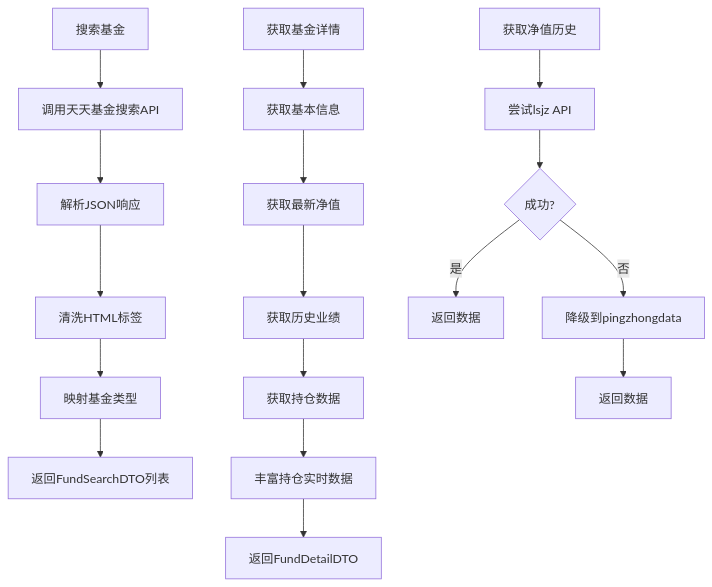
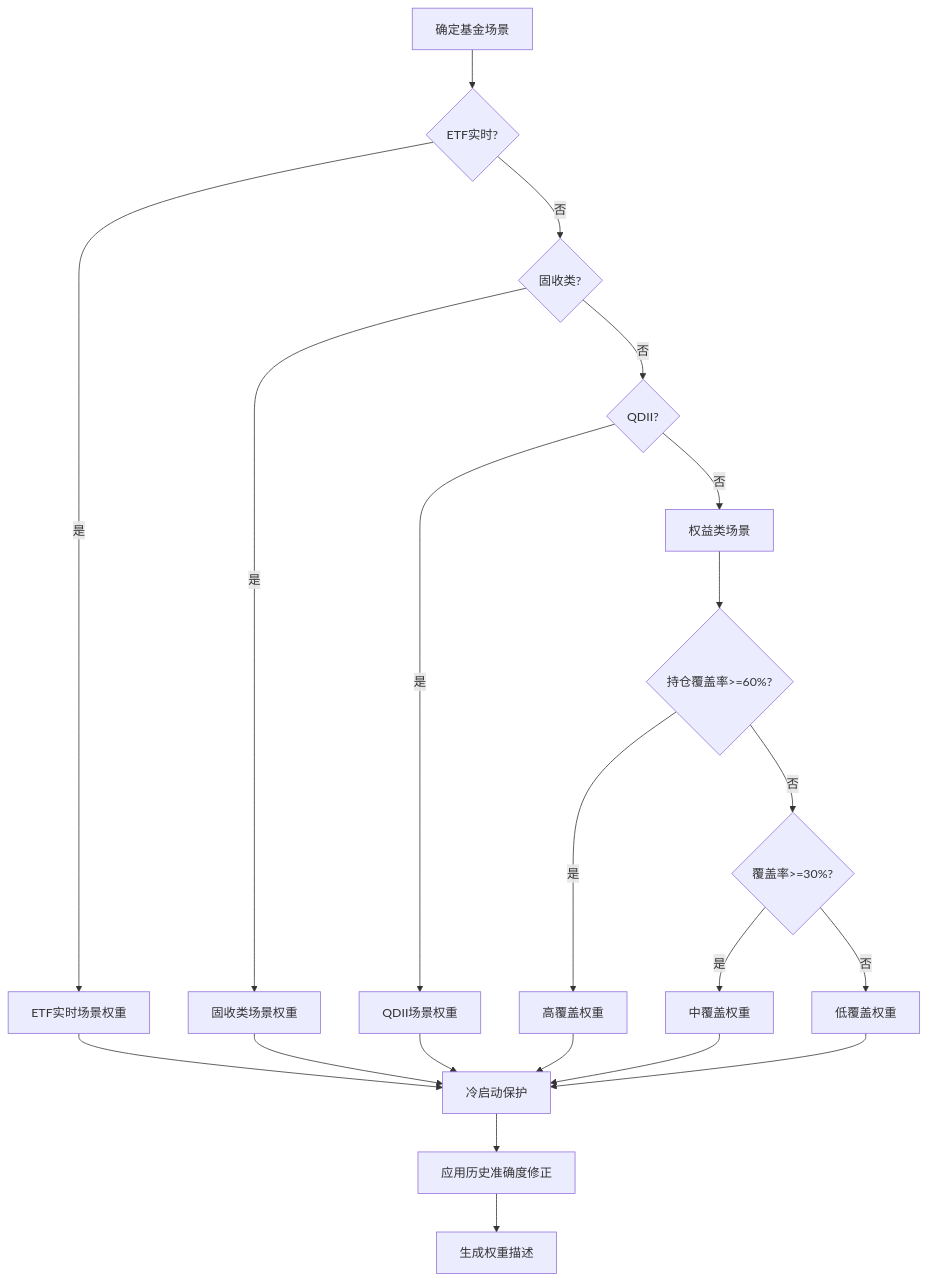
Before and after one commit to gree-coder/fund-butler: the fifth of 11 diagrams in .qoder/repowiki/zh/content/核心功能开发/实时市场数据可视化.md, drawn with Mermaid. The commit also changed other lines of this file and 23 other files, not shown here.

````diff
--- a/.qoder/repowiki/zh/content/核心功能开发/实时市场数据可视化.md
+++ b/.qoder/repowiki/zh/content/核心功能开发/实时市场数据可视化.md
@@ -242,19 +290,23 @@
 ```mermaid
 flowchart TD
-A[搜索基金] --> B[调用天天基金搜索API]
-B --> C[解析JSON响应]
-C --> D[清洗HTML标签]
-D --> E[映射基金类型]
-E --> F[返回FundSearchDTO列表]
-G[获取基金详情] --> H[获取基本信息]
-H --> I[获取最新净值]
-I --> J[获取历史业绩]
-J --> K[获取持仓数据]
-K --> L[丰富持仓实时数据]
-L --> M[返回FundDetailDTO]
-N[获取净值历史] --> O[尝试lsjz API]
-O --> P{成功?}
-P --> |是| Q[返回数据]
-P --> |否| R[降级到pingzhongdata]
-R --> S[返回数据]
+A[确定基金场景] --> B{ETF实时?}
+B --> |是| C[ETF实时场景权重]
+B --> |否| D{固收类?}
+D --> |是| E[固收类场景权重]
+D --> |否| F{QDII?}
+F --> |是| G[QDII场景权重]
+F --> |否| H[权益类场景]
+H --> I{持仓覆盖率>=60%?}
+I --> |是| J[高覆盖权重]
+I --> |否| K{覆盖率>=30%?}
+K --> |是| L[中覆盖权重]
+K --> |否| M[低覆盖权重]
+C --> N[冷启动保护]
+E --> N
+G --> N
+J --> N
+L --> N
+M --> N
+N --> O[应用历史准确度修正]
+O --> P[生成权重描述]
 ```
````
